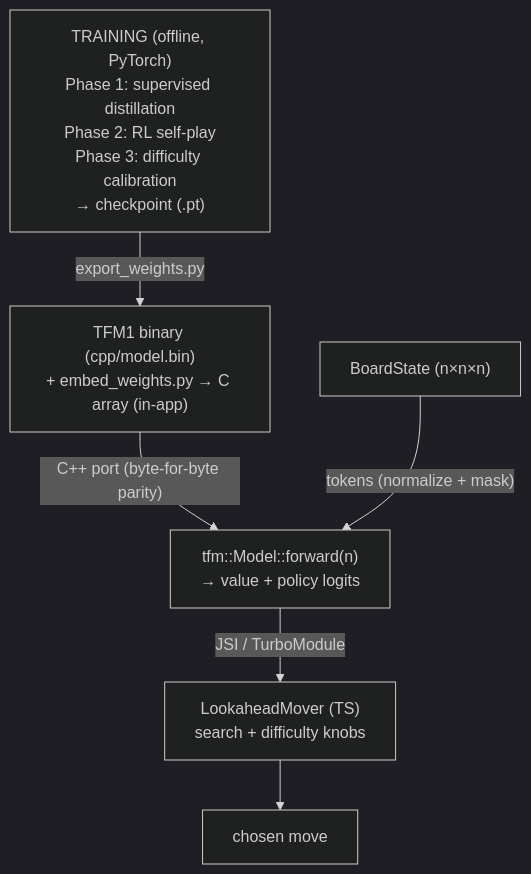
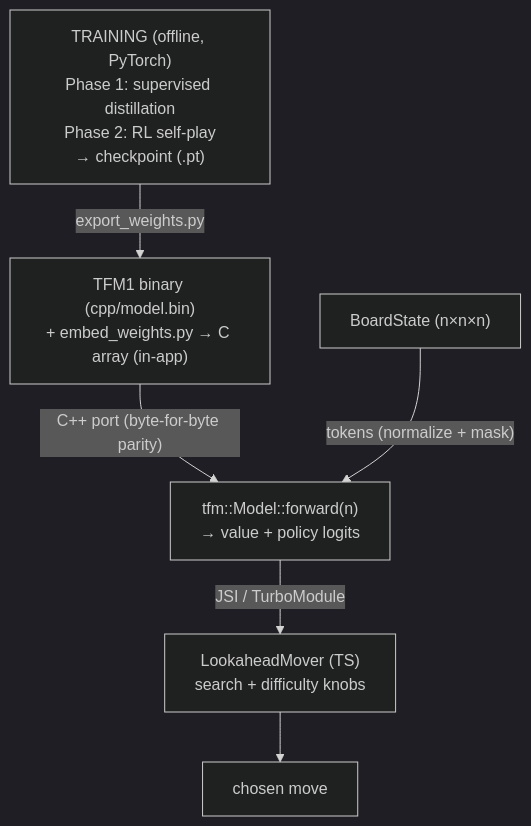
Before and after one commit to darkslayer-ns/3d-tiktactoe: the first of 12 diagrams in README.md, drawn with Mermaid (dark theme). The commit also changed other lines of this file and 11 other files, not shown here.

````diff
--- a/README.md
+++ b/README.md
@@ -17,9 +17,9 @@
 ```mermaid
 flowchart TD
-    TR["TRAINING (offline, PyTorch)<br/>Phase 1: supervised distillation<br/>Phase 2: RL self-play<br/>Phase 3: difficulty calibration<br/>→ checkpoint (.pt)"]
+    TR["TRAINING (offline, PyTorch)<br/>Phase 1: supervised distillation<br/>Phase 2: RL self-play<br/>→ checkpoint (.pt)"]
     TR -->|"export_weights.py"| BIN["TFM1 binary (cpp/model.bin)<br/>+ embed_weights.py → C array (in-app)"]
     BIN -->|"C++ port (byte-for-byte parity)"| FWD["tfm::Model::forward(n)<br/>→ value + policy logits"]
     BS["BoardState (n×n×n)"] -->|"tokens (normalize + mask)"| FWD
     FWD -->|"JSI / TurboModule"| MVR["LookaheadMover (TS)<br/>search + difficulty knobs"]
     MVR --> CH["chosen move"]
 ```
````
